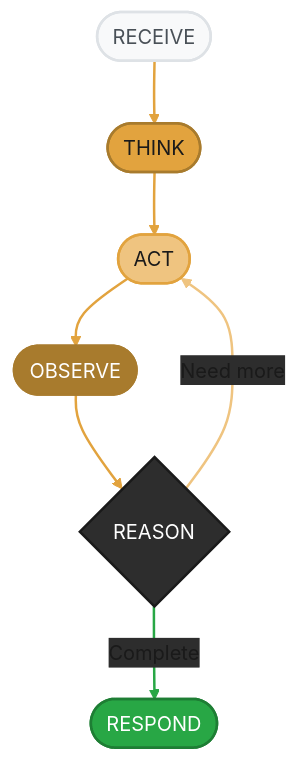
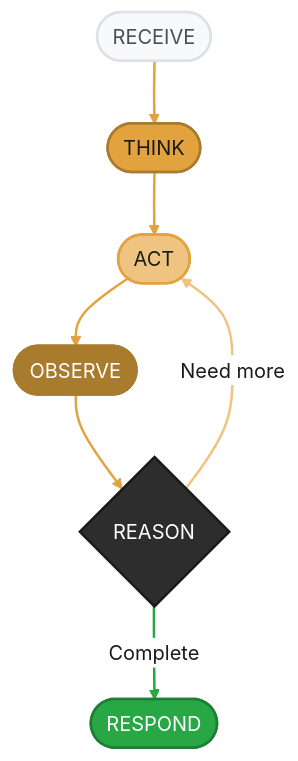
One commit to amd/gaia changed the diagram in docs/sdk/core/agent-system.mdx. Above: the diagram before and after it, drawn with Mermaid. The commit also changed other lines of this file and 12 other files, not shown here.

````diff
--- a/docs/sdk/core/agent-system.mdx
+++ b/docs/sdk/core/agent-system.mdx
@@ -79,21 +79,21 @@
 ```mermaid
-%%{init: {'theme':'base', 'themeVariables': { 'primaryColor':'#E2A33E', 'primaryTextColor':'#1a1a1a', 'primaryBorderColor':'#A87B2D', 'lineColor':'#EFC480', 'secondaryColor':'#2d2d2d', 'tertiaryColor':'#f5f5f5', 'fontFamily': 'system-ui, -apple-system, sans-serif'}}}%%
+%%{init: {'theme':'base', 'themeVariables': { 'primaryColor':'#E2A33E', 'primaryTextColor':'#1a1a1a', 'primaryBorderColor':'#A87B2D', 'lineColor':'#A87B2D', 'secondaryColor':'#2d2d2d', 'tertiaryColor':'#f5f5f5', 'edgeLabelBackground':'#ffffff', 'fontFamily': 'system-ui, -apple-system, sans-serif'}}}%%
 flowchart TD
     A(["RECEIVE"]) --> B(["THINK"])
     B --> C(["ACT"])
     C --> D(["OBSERVE"])
     D --> E{"REASON"}
     E -->|"Need more"| C
     E -->|"Complete"| F(["RESPOND"])
 
     style A fill:#f8f9fa,stroke:#dee2e6,stroke-width:2px,color:#495057
     style B fill:#E2A33E,stroke:#A87B2D,stroke-width:2px,color:#1a1a1a
     style C fill:#EFC480,stroke:#E2A33E,stroke-width:2px,color:#1a1a1a
     style D fill:#A87B2D,stroke:#A87B2D,stroke-width:2px,color:#fff
     style E fill:#2d2d2d,stroke:#1a1a1a,stroke-width:2px,color:#fff
     style F fill:#28a745,stroke:#1e7e34,stroke-width:2px,color:#fff
 
     linkStyle 0,1,2,3 stroke:#E2A33E,stroke-width:2px
     linkStyle 4 stroke:#EFC480,stroke-width:2px
     linkStyle 5 stroke:#28a745,stroke-width:2px
 ```
````
